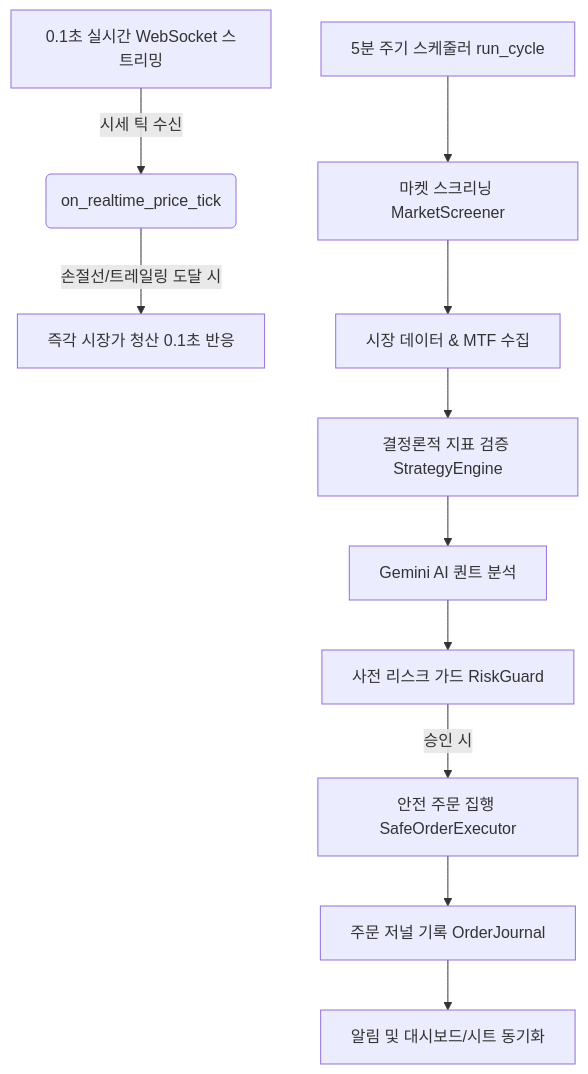
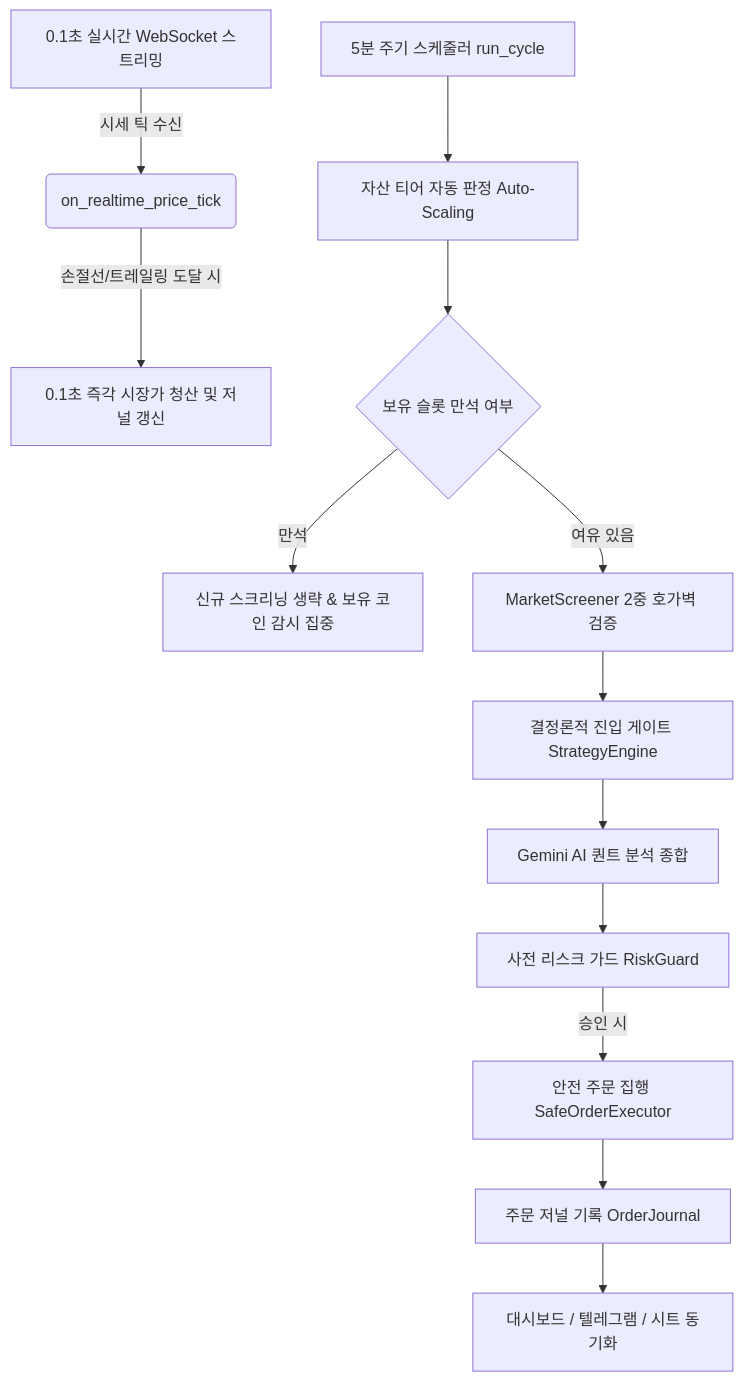
The diagram in PROJECT_DESIGN.md (yoonmyungseok/bithumb), drawn with Mermaid before and after one commit. The commit also changed other lines of this file and 8 other files, not shown here.

Commit message:
feat: 프로젝트 디자인 문서 업데이트 및 데이터 파일 수정, 텔레그램 알림 디바운싱 기능 추가

````diff
--- a/PROJECT_DESIGN.md
+++ b/PROJECT_DESIGN.md
@@ -109,14 +115,16 @@
 ```mermaid
 graph TD
     A[0.1초 실시간 WebSocket 스트리밍] -->|시세 틱 수신| B(on_realtime_price_tick)
-    B -->|손절선/트레일링 도달 시| C[즉각 시장가 청산 0.1초 반응]
+    B -->|손절선/트레일링 도달 시| C[0.1초 즉각 시장가 청산 및 저널 갱신]
     
-    D[5분 주기 스케줄러 run_cycle] --> E[마켓 스크리닝 MarketScreener]
-    E --> F[시장 데이터 & MTF 수집]
-    F --> G[결정론적 지표 검증 StrategyEngine]
-    G --> H[Gemini AI 퀀트 분석]
-    H --> I[사전 리스크 가드 RiskGuard]
-    I -->|승인 시| J[안전 주문 집행 SafeOrderExecutor]
-    J --> K[주문 저널 기록 OrderJournal]
-    K --> L[알림 및 대시보드/시트 동기화]
+    D[5분 주기 스케줄러 run_cycle] --> E[자산 티어 자동 판정 Auto-Scaling]
+    E --> F{보유 슬롯 만석 여부}
+    F -->|만석| G[신규 스크리닝 생략 & 보유 코인 감시 집중]
+    F -->|여유 있음| H[MarketScreener 2중 호가벽 검증]
+    H --> I[결정론적 진입 게이트 StrategyEngine]
+    I --> J[Gemini AI 퀀트 분석 종합]
+    J --> K[사전 리스크 가드 RiskGuard]
+    K -->|승인 시| L[안전 주문 집행 SafeOrderExecutor]
+    L --> M[주문 저널 기록 OrderJournal]
+    M --> N[대시보드 / 텔레그램 / 시트 동기화]
 ```
````
